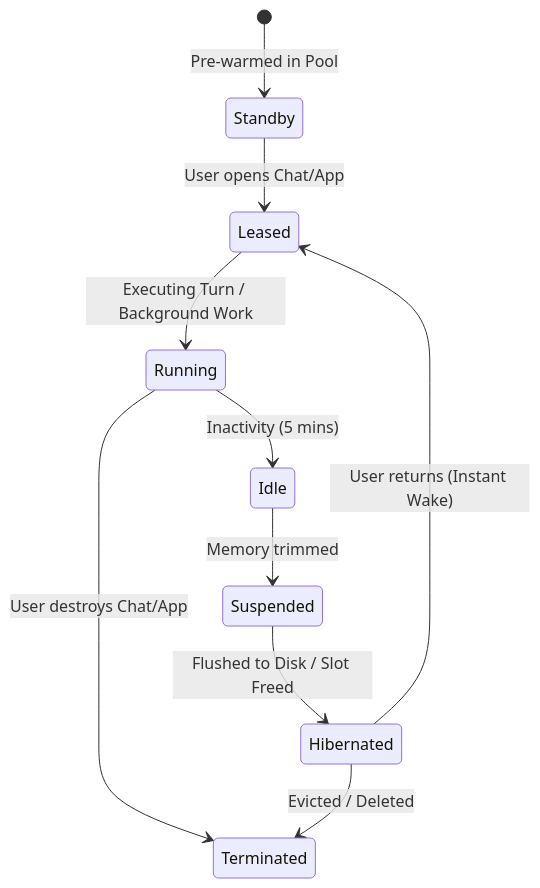
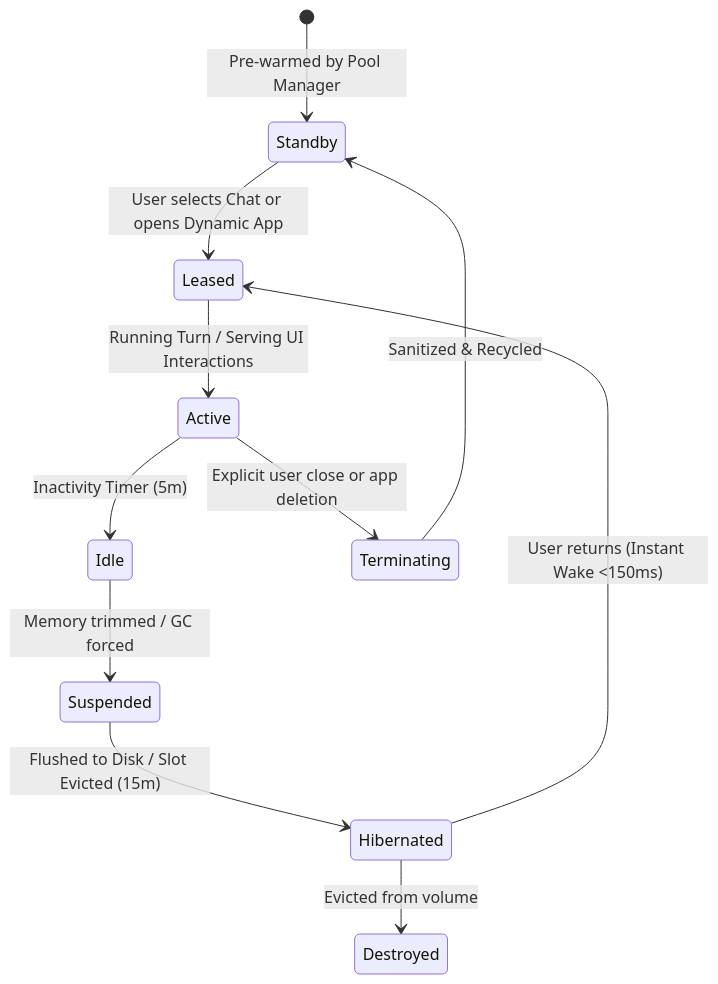
One commit to nranjan2code/vakyartha changed the second of 5 diagrams in docs/sandboxed-apps/ARCHITECTURE.md. Above: the diagram before and after it, drawn with Mermaid. The commit also changed other lines of this file and 1 other file, not shown here.

Commit message:
docs(sandboxed-apps): expand enterprise architecture specification for mini-cloud and dynamic apps

````diff
--- a/docs/sandboxed-apps/ARCHITECTURE.md
+++ b/docs/sandboxed-apps/ARCHITECTURE.md
@@ -96,12 +164,13 @@
 ```mermaid
 stateDiagram-v2
-    [*] --> Standby: Pre-warmed in Pool
-    Standby --> Leased: User opens Chat/App
-    Leased --> Running: Executing Turn / Background Work
-    Running --> Idle: Inactivity (5 mins)
-    Idle --> Suspended: Memory trimmed
-    Suspended --> Hibernated: Flushed to Disk / Slot Freed
-    Hibernated --> Leased: User returns (Instant Wake)
-    Running --> Terminated: User destroys Chat/App
-    Hibernated --> Terminated: Evicted / Deleted
+    [*] --> Standby: Pre-warmed by Pool Manager
+    Standby --> Leased: User selects Chat or opens Dynamic App
+    Leased --> Active: Running Turn / Serving UI Interactions
+    Active --> Idle: Inactivity Timer (5m)
+    Idle --> Suspended: Memory trimmed / GC forced
+    Suspended --> Hibernated: Flushed to Disk / Slot Evicted (15m)
+    Hibernated --> Leased: User returns (Instant Wake <150ms)
+    Active --> Terminating: Explicit user close or app deletion
+    Hibernated --> Destroyed: Evicted from volume
+    Terminating --> Standby: Sanitized & Recycled
 ```
````
